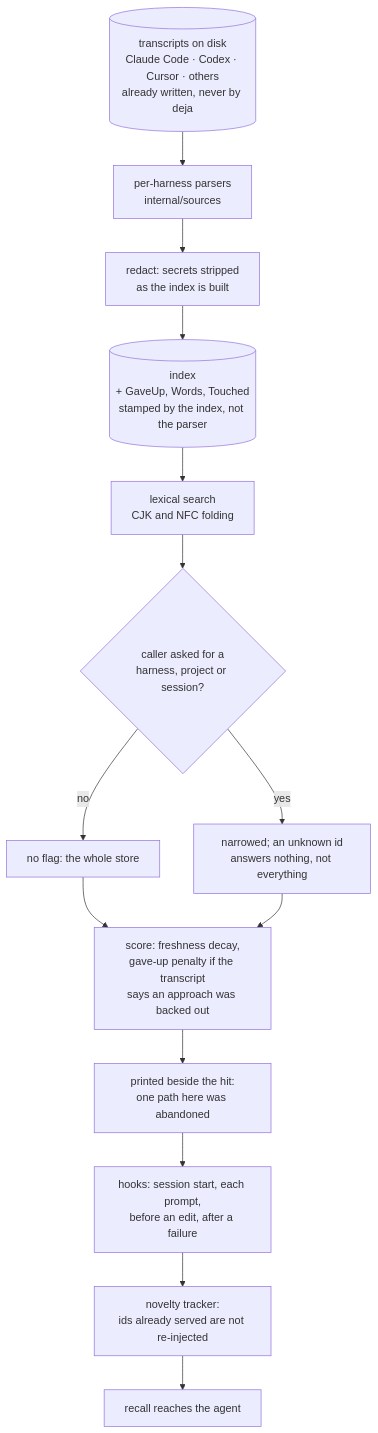
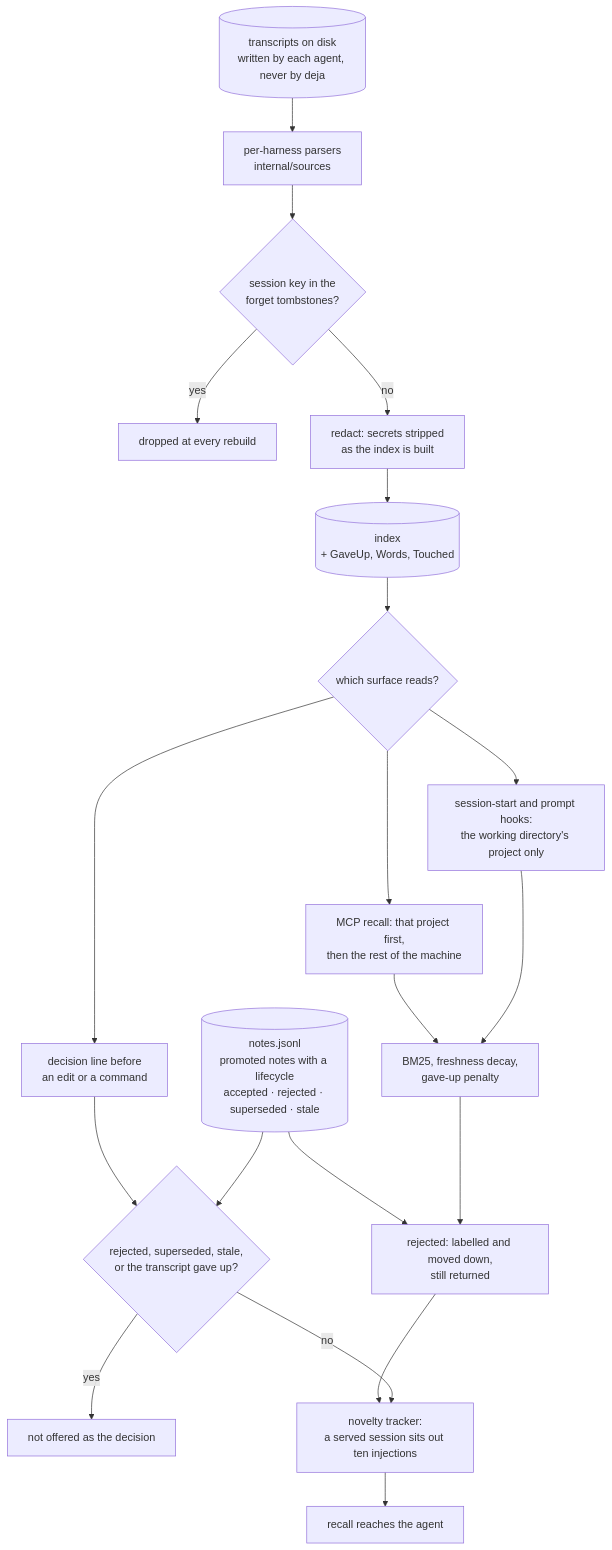
One commit to neoneye/agent-memory-atlas changed the diagram in content/systems/deja-vu.md. Above: the diagram before and after it, drawn with Mermaid. The commit also changed other lines of this file and 24 other files, not shown here.

First line of the commit message:
deja-vu at 910d490 (v0.24.0): committed benchmark records and a drift test; trust_state on the decision lines

````diff
--- a/content/systems/deja-vu.md
+++ b/content/systems/deja-vu.md
@@ -118,31 +124,42 @@
 ```mermaid
-%% caption: transcripts already written by many agents are parsed per harness, redacted as the index is built, and stamped with fields the parsers never set; retrieval is lexical and freshness-decayed, narrowed only when a caller asks; a session whose own text reports backing an approach out takes a score penalty and a printed note rather than being excluded; hooks inject recall without anyone asking, and a novelty tracker stops the same id arriving twice
-flowchart TB
-    T[("transcripts on disk<br/>Claude Code · Codex · Cursor · others<br/>already written, never by deja")]
+%% caption: transcripts already written by many agents are parsed per harness; a forgotten session's key drops it at every rebuild; the rest is redacted and indexed; the hooks read the working directory's project, MCP recall reads that project first and then the machine, and the decision line before an edit or a command refuses a session a person marked rejected, superseded or stale; a novelty tracker sits a served session out for ten injections
+flowchart TD
+    T[("transcripts on disk<br/>written by each agent, never by deja")]
     P["per-harness parsers<br/>internal/sources"]
+    TB{"session key in the<br/>forget tombstones?"}
+    DROP["dropped at every rebuild"]
     RD["redact: secrets stripped<br/>as the index is built"]
-    IDX[("index<br/>+ GaveUp, Words, Touched<br/>stamped by the index, not the parser")]
-    Q["lexical search<br/>CJK and NFC folding"]
-    NAR{"caller asked for a<br/>harness, project or session?"}
-    ALL["no flag: the whole store"]
-    ONE["narrowed; an unknown id<br/>answers nothing, not everything"]
-    SC["score: freshness decay,<br/>gave-up penalty if the transcript<br/>says an approach was backed out"]
-    NOTE["printed beside the hit:<br/>one path here was abandoned"]
-    HOOK["hooks: session start, each prompt,<br/>before an edit, after a failure"]
-    NOV["novelty tracker:<br/>ids already served are not re-injected"]
+    IDX[("index<br/>+ GaveUp, Words, Touched")]
+    NOTES[("notes.jsonl<br/>promoted notes with a lifecycle<br/>accepted · rejected · superseded · stale")]
+    SURF{"which surface reads?"}
+    PUSH["session-start and prompt hooks:<br/>the working directory's project only"]
+    PULL["MCP recall: that project first,<br/>then the rest of the machine"]
+    SC["BM25, freshness decay,<br/>gave-up penalty"]
+    LAB["rejected: labelled and moved down,<br/>still returned"]
+    DEC["decision line before<br/>an edit or a command"]
+    GATE{"rejected, superseded, stale,<br/>or the transcript gave up?"}
+    SKIP["not offered as the decision"]
+    NOV["novelty tracker:<br/>a served session sits out ten injections"]
     OUT["recall reaches the agent"]
 
     T --> P
-    P --> RD
+    P --> TB
+    TB -->|yes| DROP
+    TB -->|no| RD
     RD --> IDX
-    IDX --> Q
-    Q --> NAR
-    NAR -->|no| ALL
-    NAR -->|yes| ONE
-    ALL --> SC
-    ONE --> SC
-    SC --> NOTE
-    NOTE --> HOOK
-    HOOK --> NOV
+    IDX --> SURF
+    SURF --> PUSH
+    PUSH ~~~ PULL
+    SURF --> PULL
+    SURF --> DEC
+    PUSH --> SC
+    PULL --> SC
+    SC --> LAB
+    NOTES --> LAB
+    NOTES --> GATE
+    DEC --> GATE
+    GATE -->|yes| SKIP
+    GATE -->|no| NOV
+    LAB --> NOV
     NOV --> OUT
 ```
````
